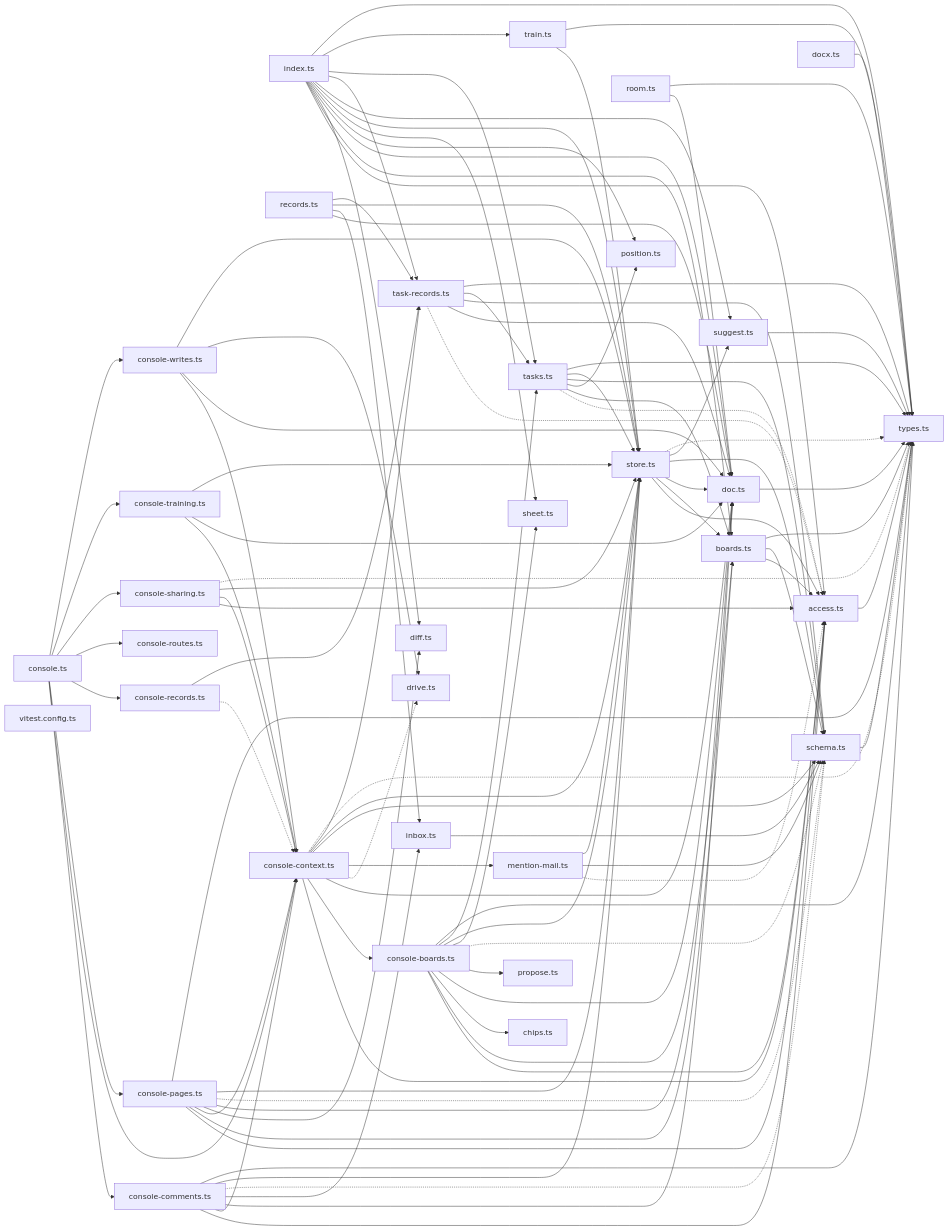
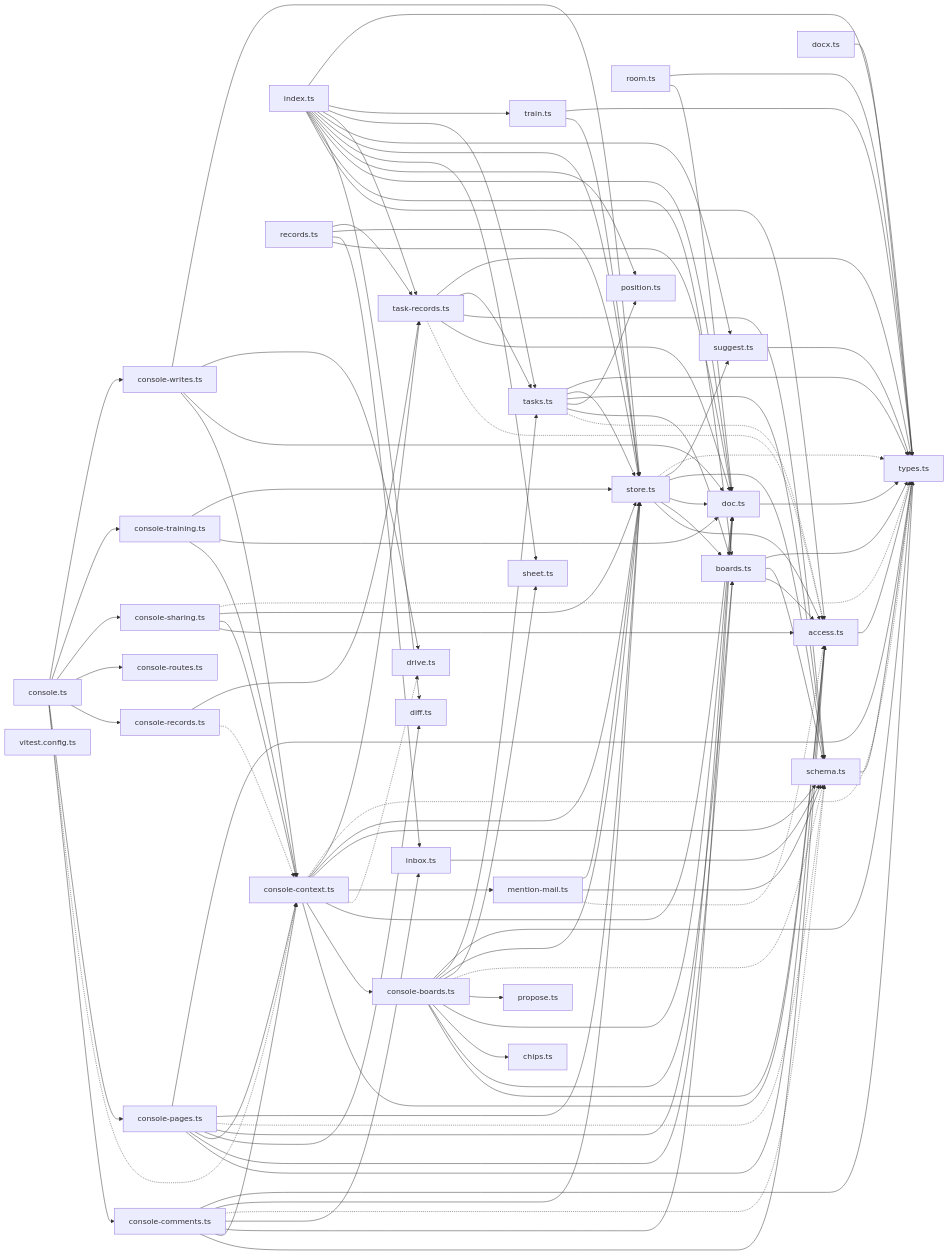
One commit to wrenautomation/wren changed the diagram in map/generated/imports/@wren+notes.md. Above: the diagram before and after it, drawn with Mermaid. The commit also changed 96 other files, not shown here.

````diff
--- a/map/generated/imports/@wren+notes.md
+++ b/map/generated/imports/@wren+notes.md
@@ -14,93 +14,52 @@
 ```mermaid
 flowchart LR
-  nindex_ts["index.ts"]
   naccess_ts["access.ts"]
-  ntypes_ts["types.ts"]
   nboards_ts["boards.ts"]
-  nschema_ts["schema.ts"]
+  nchips_ts["chips.ts"]
+  nconsole_boards_ts["console-boards.ts"]
+  nconsole_comments_ts["console-comments.ts"]
+  nconsole_context_ts["console-context.ts"]
+  nconsole_pages_ts["console-pages.ts"]
+  nconsole_records_ts["console-records.ts"]
+  nconsole_routes_ts["console-routes.ts"]
+  nconsole_sharing_ts["console-sharing.ts"]
+  nconsole_training_ts["console-training.ts"]
+  nconsole_writes_ts["console-writes.ts"]
+  nconsole_ts["console.ts"]
   ndiff_ts["diff.ts"]
   ndoc_ts["doc.ts"]
+  ndocx_ts["docx.ts"]
+  ndrive_ts["drive.ts"]
+  ninbox_ts["inbox.ts"]
+  nindex_ts["index.ts"]
+  nmention_mail_ts["mention-mail.ts"]
   nposition_ts["position.ts"]
+  npropose_ts["propose.ts"]
+  nrecords_ts["records.ts"]
+  nroom_ts["room.ts"]
+  nschema_ts["schema.ts"]
   nsheet_ts["sheet.ts"]
   nstore_ts["store.ts"]
   nsuggest_ts["suggest.ts"]
   ntask_records_ts["task-records.ts"]
   ntasks_ts["tasks.ts"]
   ntrain_ts["train.ts"]
-  ninbox_ts["inbox.ts"]
-  nmention_mail_ts["mention-mail.ts"]
-  ndocx_ts["docx.ts"]
-  nconsole_routes_ts["console-routes.ts"]
-  nrecords_ts["records.ts"]
-  nconsole_ts["console.ts"]
-  nconsole_comments_ts["console-comments.ts"]
-  nconsole_context_ts["console-context.ts"]
-  nconsole_boards_ts["console-boards.ts"]
-  nchips_ts["chips.ts"]
-  npropose_ts["propose.ts"]
-  ndrive_ts["drive.ts"]
-  nconsole_pages_ts["console-pages.ts"]
-  nconsole_records_ts["console-records.ts"]
-  nconsole_sharing_ts["console-sharing.ts"]
-  nconsole_training_ts["console-training.ts"]
-  nconsole_writes_ts["console-writes.ts"]
-  nroom_ts["room.ts"]
+  ntypes_ts["types.ts"]
   nvitest_config_ts["vitest.config.ts"]
-  nindex_ts --> naccess_ts
-  nindex_ts --> nboards_ts
-  nindex_ts --> ndiff_ts
-  nindex_ts --> ndoc_ts
-  nindex_ts --> nposition_ts
-  nindex_ts --> nsheet_ts
-  nindex_ts --> nstore_ts
-  nindex_ts --> nsuggest_ts
-  nindex_ts --> ntask_records_ts
-  nindex_ts --> ntasks_ts
-  nindex_ts --> ntrain_ts
-  nindex_ts --> ntypes_ts
   naccess_ts --> ntypes_ts
   nboards_ts --> naccess_ts
   nboards_ts --> nschema_ts
   nboards_ts --> ntypes_ts
-  nschema_ts --> ntypes_ts
-  ndoc_ts --> ntypes_ts
-  nstore_ts --> naccess_ts
-  nstore_ts --> nboards_ts
-  nstore_ts --> ndoc_ts
-  nstore_ts --> nschema_ts
-  nstore_ts --> nsuggest_ts
-  nstore_ts -.-> ntypes_ts
-  nsuggest_ts --> ntypes_ts
-  ntask_records_ts -.-> naccess_ts
-  ntask_records_ts --> ndoc_ts
-  ntask_records_ts --> nschema_ts
-  ntask_records_ts --> ntasks_ts
-  ntask_records_ts --> ntypes_ts
-  ntasks_ts -.-> naccess_ts
-  ntasks_ts --> nboards_ts
-  ntasks_ts --> nposition_ts
-  ntasks_ts --> nschema_ts
-  ntasks_ts --> nstore_ts
-  ntasks_ts --> ntypes_ts
-  ntrain_ts --> nstore_ts
-  ntrain_ts --> ntypes_ts
-  ninbox_ts --> nschema_ts
-  nmention_mail_ts -.-> naccess_ts
-  nmention_mail_ts --> nschema_ts
-  nmention_mail_ts --> nstore_ts
-  ndocx_ts --> ntypes_ts
-  nrecords_ts --> ndoc_ts
-  nrecords_ts --> ninbox_ts
-  nrecords_ts --> nstore_ts
-  nrecords_ts --> ntask_records_ts
-  nconsole_ts --> nconsole_comments_ts
-  nconsole_ts --> nconsole_context_ts
-  nconsole_ts --> nconsole_pages_ts
-  nconsole_ts --> nconsole_records_ts
-  nconsole_ts --> nconsole_routes_ts
-  nconsole_ts --> nconsole_sharing_ts
-  nconsole_ts --> nconsole_training_ts
-  nconsole_ts --> nconsole_writes_ts
+  nconsole_boards_ts --> naccess_ts
+  nconsole_boards_ts --> nboards_ts
+  nconsole_boards_ts --> nchips_ts
+  nconsole_boards_ts --> ndoc_ts
+  nconsole_boards_ts --> npropose_ts
+  nconsole_boards_ts -.-> nschema_ts
+  nconsole_boards_ts --> nsheet_ts
+  nconsole_boards_ts --> nstore_ts
+  nconsole_boards_ts --> ntasks_ts
+  nconsole_boards_ts --> ntypes_ts
   nconsole_comments_ts --> naccess_ts
   nconsole_comments_ts --> nconsole_context_ts
   nconsole_comments_ts --> ndoc_ts
@@ -117,16 +76,6 @@
   nconsole_context_ts --> nstore_ts
   nconsole_context_ts --> ntask_records_ts
   nconsole_context_ts -.-> ntypes_ts
-  nconsole_boards_ts --> naccess_ts
-  nconsole_boards_ts --> nboards_ts
-  nconsole_boards_ts --> nchips_ts
-  nconsole_boards_ts --> ndoc_ts
-  nconsole_boards_ts --> npropose_ts
-  nconsole_boards_ts -.-> nschema_ts
-  nconsole_boards_ts --> nsheet_ts
-  nconsole_boards_ts --> nstore_ts
-  nconsole_boards_ts --> ntasks_ts
-  nconsole_boards_ts --> ntypes_ts
   nconsole_pages_ts --> naccess_ts
   nconsole_pages_ts --> nboards_ts
   nconsole_pages_ts --> nconsole_context_ts
@@ -148,6 +97,57 @@
   nconsole_writes_ts --> ndoc_ts
   nconsole_writes_ts --> ndrive_ts
   nconsole_writes_ts --> nstore_ts
+  nconsole_ts --> nconsole_comments_ts
+  nconsole_ts -.-> nconsole_context_ts
+  nconsole_ts --> nconsole_pages_ts
+  nconsole_ts --> nconsole_records_ts
+  nconsole_ts --> nconsole_routes_ts
+  nconsole_ts --> nconsole_sharing_ts
+  nconsole_ts --> nconsole_training_ts
+  nconsole_ts --> nconsole_writes_ts
+  ndoc_ts --> ntypes_ts
+  ndocx_ts --> ntypes_ts
+  ninbox_ts --> nschema_ts
+  nindex_ts --> naccess_ts
+  nindex_ts --> nboards_ts
+  nindex_ts --> ndiff_ts
+  nindex_ts --> ndoc_ts
+  nindex_ts --> nposition_ts
+  nindex_ts --> nsheet_ts
+  nindex_ts --> nstore_ts
+  nindex_ts --> nsuggest_ts
+  nindex_ts --> ntask_records_ts
+  nindex_ts --> ntasks_ts
+  nindex_ts --> ntrain_ts
+  nindex_ts --> ntypes_ts
+  nmention_mail_ts -.-> naccess_ts
+  nmention_mail_ts --> nschema_ts
+  nmention_mail_ts --> nstore_ts
+  nrecords_ts --> ndoc_ts
+  nrecords_ts --> ninbox_ts
+  nrecords_ts --> nstore_ts
+  nrecords_ts --> ntask_records_ts
   nroom_ts --> ndoc_ts
   nroom_ts --> ntypes_ts
+  nschema_ts --> ntypes_ts
+  nstore_ts --> naccess_ts
+  nstore_ts --> nboards_ts
+  nstore_ts --> ndoc_ts
+  nstore_ts --> nschema_ts
+  nstore_ts --> nsuggest_ts
+  nstore_ts -.-> ntypes_ts
+  nsuggest_ts --> ntypes_ts
+  ntask_records_ts -.-> naccess_ts
+  ntask_records_ts --> ndoc_ts
+  ntask_records_ts --> nschema_ts
+  ntask_records_ts --> ntasks_ts
+  ntask_records_ts --> ntypes_ts
+  ntasks_ts -.-> naccess_ts
+  ntasks_ts --> nboards_ts
+  ntasks_ts --> nposition_ts
+  ntasks_ts --> nschema_ts
+  ntasks_ts --> nstore_ts
+  ntasks_ts --> ntypes_ts
+  ntrain_ts --> nstore_ts
+  ntrain_ts --> ntypes_ts
 ```
````
